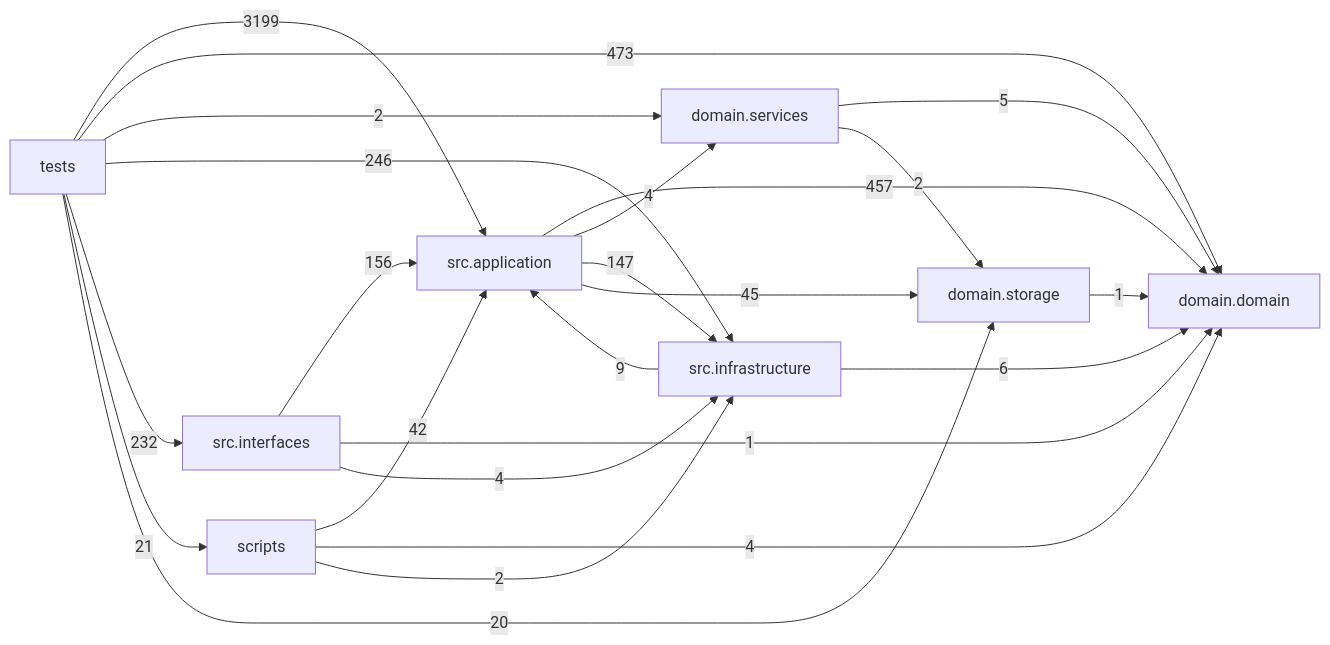
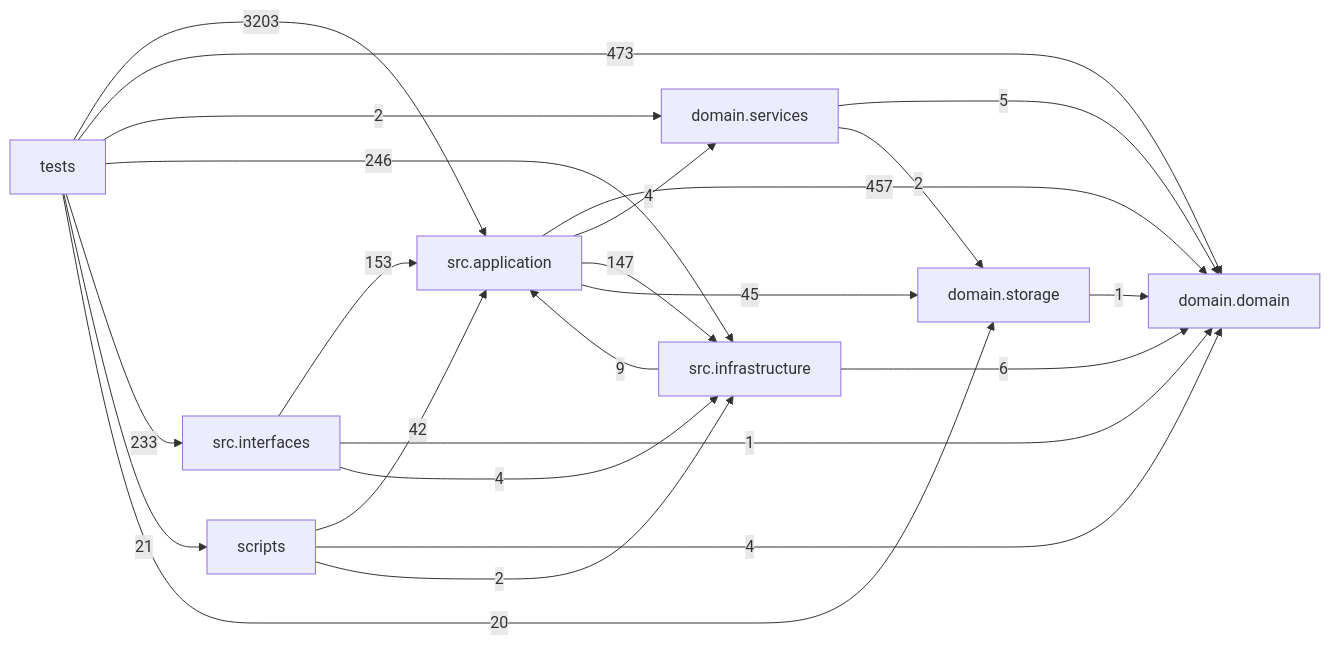
The diagram in docs/DEPENDENCY_GRAPH.md (liuxie066/options-monitor), drawn with Mermaid before and after one commit. The commit also changed other lines of this file and 1 other file, not shown here.

Commit message:
docs(architecture): refresh graph after quality HTTP retirement

````diff
--- a/docs/DEPENDENCY_GRAPH.md
+++ b/docs/DEPENDENCY_GRAPH.md
@@ -24,33 +24,33 @@
 ```mermaid
 flowchart LR
   tests["tests"]
   scripts["scripts"]
   interfaces["src.interfaces"]
   application["src.application"]
   infrastructure["src.infrastructure"]
   domain_services["domain.services"]
   domain["domain.domain"]
   storage["domain.storage"]
   application -->|457| domain
   application -->|4| domain_services
   application -->|147| infrastructure
   application -->|45| storage
   domain_services -->|5| domain
   domain_services -->|2| storage
   infrastructure -->|9| application
   infrastructure -->|6| domain
-  interfaces -->|156| application
+  interfaces -->|153| application
   interfaces -->|1| domain
   interfaces -->|4| infrastructure
   scripts -->|42| application
   scripts -->|4| domain
   scripts -->|2| infrastructure
   storage -->|1| domain
-  tests -->|3199| application
+  tests -->|3203| application
   tests -->|473| domain
   tests -->|2| domain_services
   tests -->|246| infrastructure
-  tests -->|232| interfaces
+  tests -->|233| interfaces
   tests -->|21| scripts
   tests -->|20| storage
 ```
````
